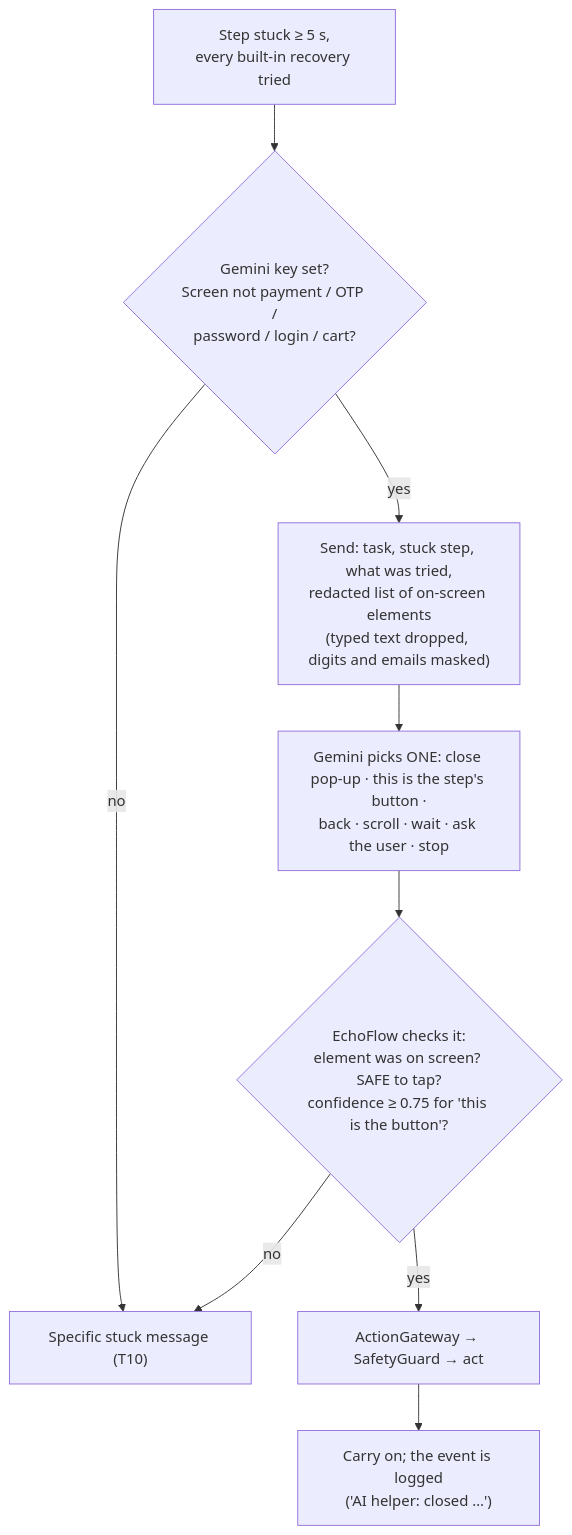
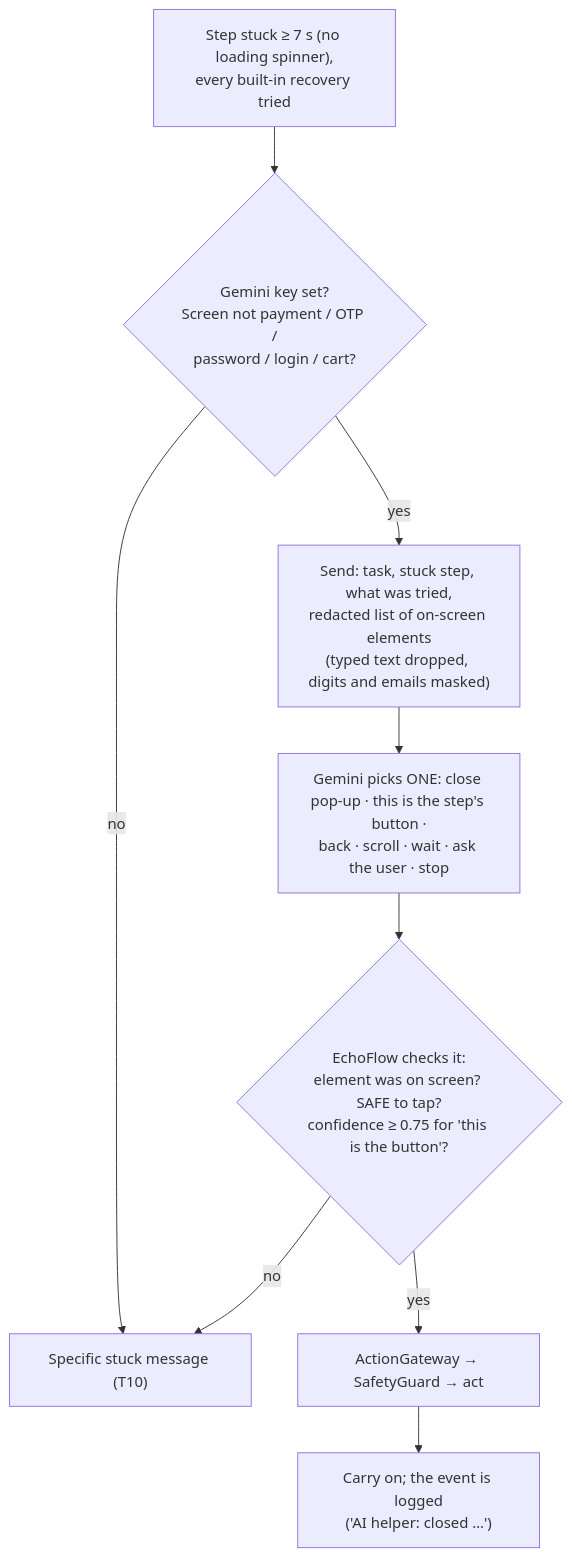
Before and after one commit to harsha31bs07-blip/echoflow-android: the fifth of 6 diagrams in docs/ARCHITECTURE.md, drawn with Mermaid. The commit also changed 5 other files, not shown here.

````diff
--- a/docs/ARCHITECTURE.md
+++ b/docs/ARCHITECTURE.md
@@ -233,10 +233,10 @@
 ```mermaid
 flowchart TD
-  S["Step stuck ≥ 5 s,<br/>every built-in recovery tried"] --> K{"Gemini key set?<br/>Screen not payment / OTP /<br/>password / login / cart?"}
+  S["Step stuck ≥ 7 s (no loading spinner),<br/>every built-in recovery tried"] --> K{"Gemini key set?<br/>Screen not payment / OTP /<br/>password / login / cart?"}
   K -->|no| STOP["Specific stuck message (T10)"]
   K -->|yes| REQ["Send: task, stuck step, what was tried,<br/>redacted list of on-screen elements<br/>(typed text dropped, digits and emails masked)"]
   REQ --> ADV["Gemini picks ONE: close pop-up · this is the step's button ·<br/>back · scroll · wait · ask the user · stop"]
   ADV --> CHK{"EchoFlow checks it:<br/>element was on screen? SAFE to tap?<br/>confidence ≥ 0.75 for 'this is the button'?"}
   CHK -->|no| STOP
   CHK -->|yes| GATE["ActionGateway → SafetyGuard → act"] --> NEXT["Carry on; the event is logged<br/>('AI helper: closed …')"]
 ```
````
